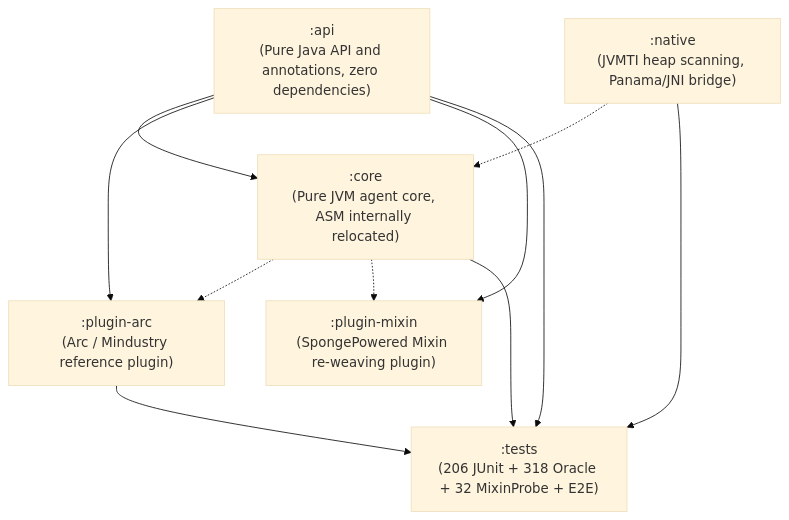
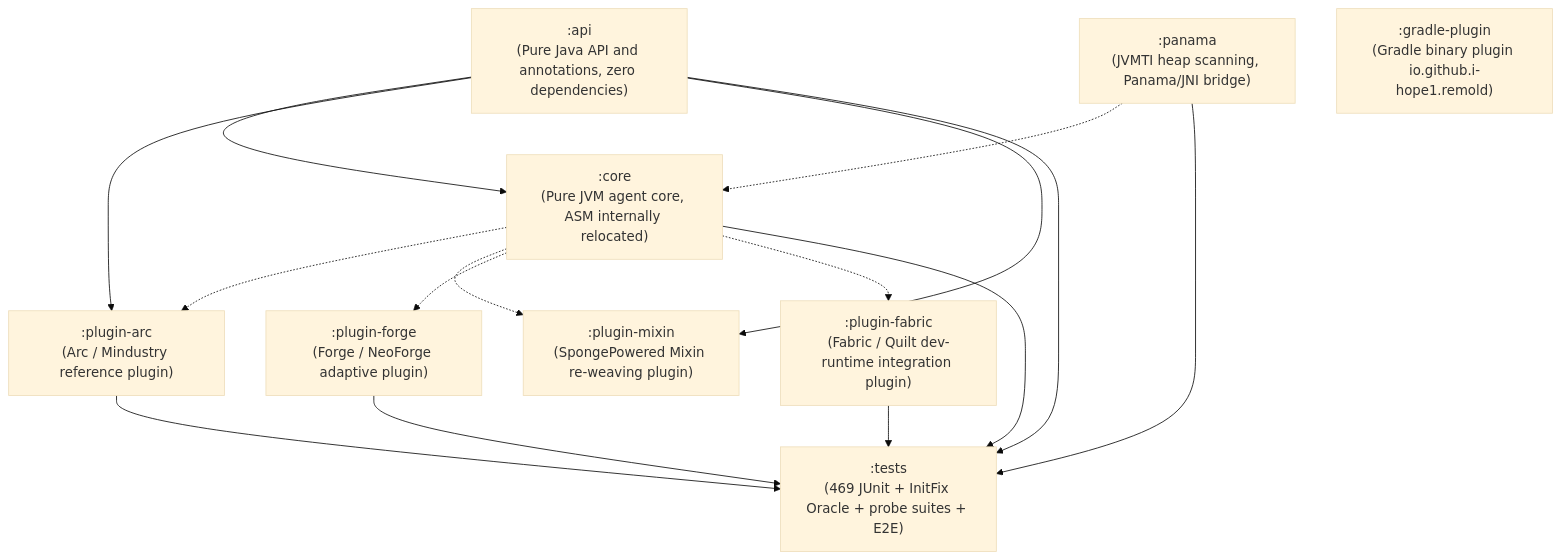
Before and after one commit to I-hope1/Remold: the diagram in README_EN.md, drawn with Mermaid (base theme). The commit also changed other lines of this file and 7 other files, not shown here.

````diff
--- a/README_EN.md
+++ b/README_EN.md
@@ -432,20 +432,27 @@
 ```mermaid
 flowchart TD
     API[":api<br/>(Pure Java API and annotations, zero dependencies)"]
     CORE[":core<br/>(Pure JVM agent core, ASM internally relocated)"]
-    NATIVE[":native<br/>(JVMTI heap scanning, Panama/JNI bridge)"]
+    PANAMA[":panama<br/>(JVMTI heap scanning, Panama/JNI bridge)"]
     PLUGIN_ARC[":plugin-arc<br/>(Arc / Mindustry reference plugin)"]
     PLUGIN_MIXIN[":plugin-mixin<br/>(SpongePowered Mixin re-weaving plugin)"]
-    TESTS[":tests<br/>(206 JUnit + 318 Oracle + 32 MixinProbe + E2E)"]
+    PLUGIN_FORGE[":plugin-forge<br/>(Forge / NeoForge adaptive plugin)"]
+    PLUGIN_FABRIC[":plugin-fabric<br/>(Fabric / Quilt dev-runtime integration plugin)"]
+    GRADLE_PLUGIN[":gradle-plugin<br/>(Gradle binary plugin io.github.i-hope1.remold)"]
+    TESTS[":tests<br/>(469 JUnit + InitFix Oracle + probe suites + E2E)"]
 
     API --> CORE
-    NATIVE -.-> CORE
+    PANAMA -.-> CORE
     API --> PLUGIN_ARC
     API --> PLUGIN_MIXIN
     CORE -.-> PLUGIN_ARC
     CORE -.-> PLUGIN_MIXIN
+    CORE -.-> PLUGIN_FORGE
+    CORE -.-> PLUGIN_FABRIC
     CORE --> TESTS
     API --> TESTS
-    NATIVE --> TESTS
+    PANAMA --> TESTS
     PLUGIN_ARC --> TESTS
+    PLUGIN_FORGE --> TESTS
+    PLUGIN_FABRIC --> TESTS
 ```
````
